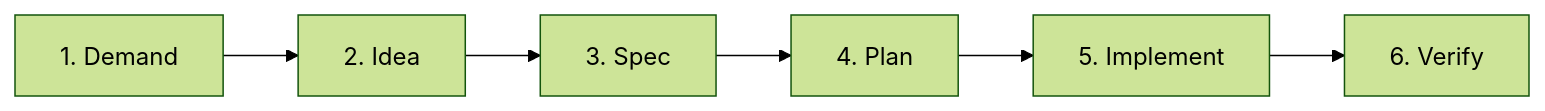
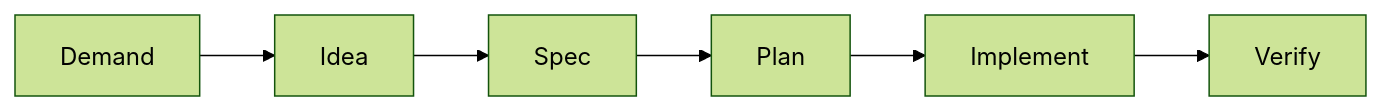
Before and after one commit to bulbigood/dispiv: the first of 2 diagrams in README.md, drawn with Mermaid (forest theme). The commit also changed other lines of this file, not shown here.

````diff
--- a/README.md
+++ b/README.md
@@ -9,8 +9,8 @@
 ```mermaid
 graph LR
-    1[1. Demand] --> 2[2. Idea]
-    2 --> 3[3. Spec]
-    3 --> 4[4. Plan]
-    4 --> 5[5. Implement]
-    5 --> 6[6. Verify]
+    1[Demand] --> 2[Idea]
+    2 --> 3[Spec]
+    3 --> 4[Plan]
+    4 --> 5[Implement]
+    5 --> 6[Verify]
 ```
````
